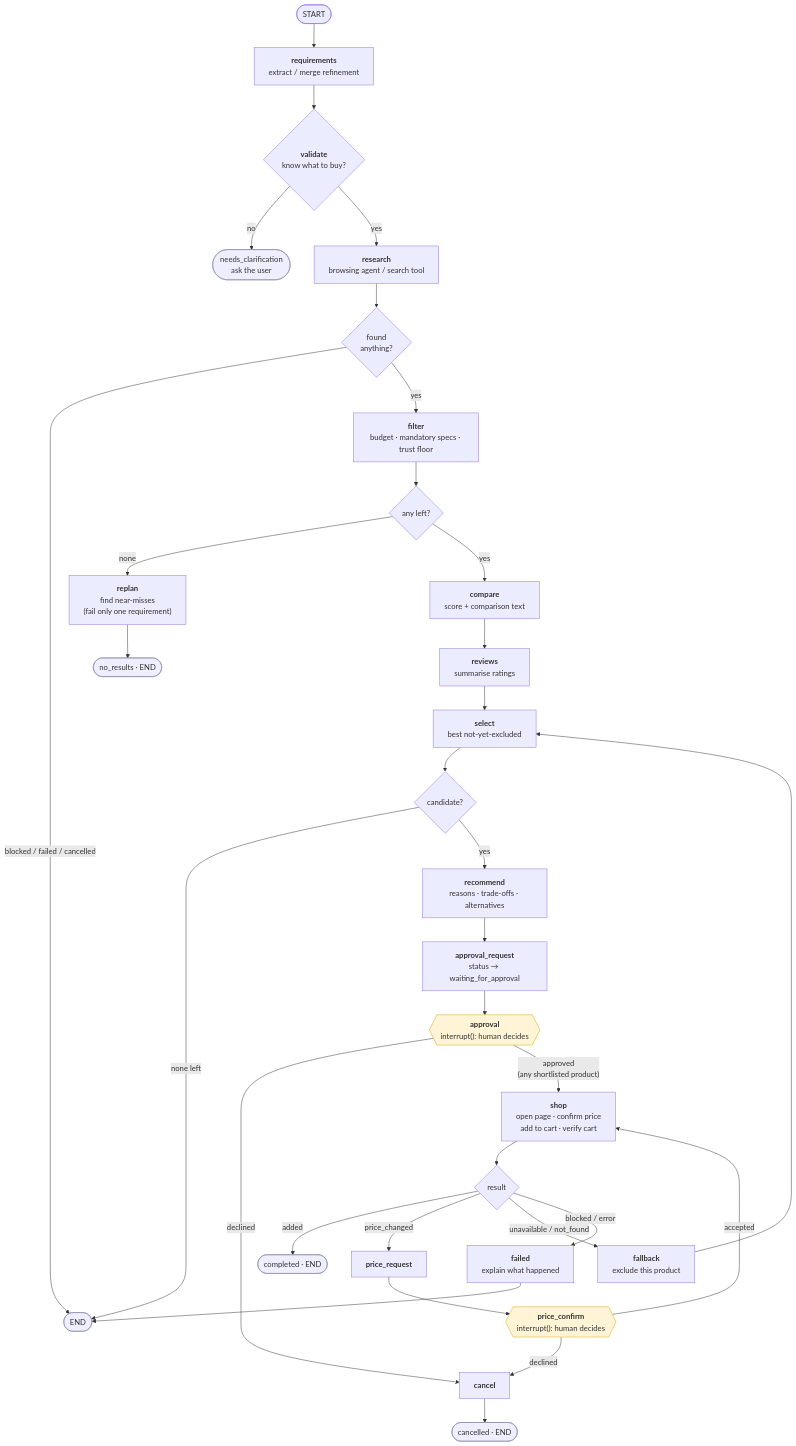
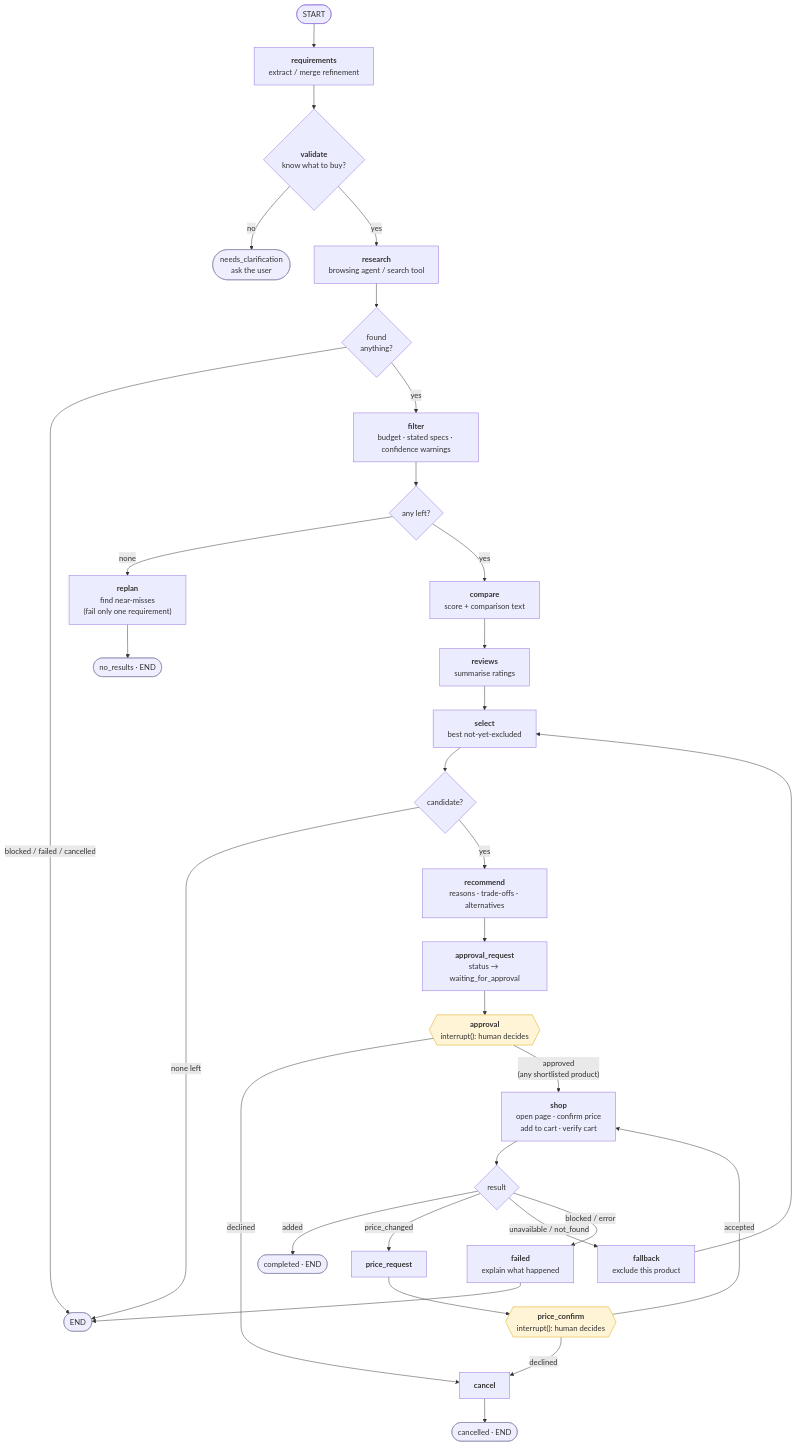
Before and after one commit to Kaifkhurshid7/CartMind-: the third of 5 diagrams in README.md, drawn with Mermaid. The commit also changed other lines of this file and 1 other file, not shown here.

````diff
--- a/README.md
+++ b/README.md
@@ -182,44 +182,44 @@
 ```mermaid
 flowchart TD
     START([START]) --> REQ["<b>requirements</b><br/>extract / merge refinement"]
     REQ --> VAL{"<b>validate</b><br/>know what to buy?"}
     VAL -- "no" --> CLAR(["needs_clarification<br/>ask the user"])
     VAL -- "yes" --> RES["<b>research</b><br/>browsing agent / search tool"]
 
     RES --> RESQ{"found<br/>anything?"}
     RESQ -- "blocked / failed / cancelled" --> FAILEND([END])
-    RESQ -- "yes" --> FIL["<b>filter</b><br/>budget · mandatory specs · trust floor"]
+    RESQ -- "yes" --> FIL["<b>filter</b><br/>budget · stated specs · confidence warnings"]
 
     FIL --> FILQ{"any left?"}
     FILQ -- "none" --> REP["<b>replan</b><br/>find near-misses<br/>(fail only one requirement)"]
     REP --> NORES([no_results · END])
     FILQ -- "yes" --> CMP["<b>compare</b><br/>score + comparison text"]
 
     CMP --> REV["<b>reviews</b><br/>summarise ratings"]
     REV --> SEL["<b>select</b><br/>best not-yet-excluded"]
     SEL --> SELQ{"candidate?"}
     SELQ -- "none left" --> FAILEND
     SELQ -- "yes" --> REC["<b>recommend</b><br/>reasons · trade-offs · alternatives"]
 
     REC --> AREQ["<b>approval_request</b><br/>status → waiting_for_approval"]
     AREQ --> APP{{"<b>approval</b><br/>interrupt(): human decides"}}
     APP -- "declined" --> CAN["<b>cancel</b>"]
     CAN --> CEND([cancelled · END])
     APP -- "approved<br/>(any shortlisted product)" --> SHOP["<b>shop</b><br/>open page · confirm price<br/>add to cart · verify cart"]
 
     SHOP --> SHQ{"result"}
     SHQ -- "added" --> DONE([completed · END])
     SHQ -- "price_changed" --> PREQ["<b>price_request</b>"]
     PREQ --> PCON{{"<b>price_confirm</b><br/>interrupt(): human decides"}}
     PCON -- "accepted" --> SHOP
     PCON -- "declined" --> CAN
     SHQ -- "unavailable / not_found" --> FB["<b>fallback</b><br/>exclude this product"]
     FB --> SEL
     SHQ -- "blocked / error" --> FAILED["<b>failed</b><br/>explain what happened"]
     FAILED --> FAILEND
 
     classDef human fill:#fff4d6,stroke:#d9a400,color:#333
     classDef end_ fill:#eef,stroke:#88a,color:#333
     class APP,PCON human
     class DONE,CEND,NORES,FAILEND,CLAR end_
 ```
````
